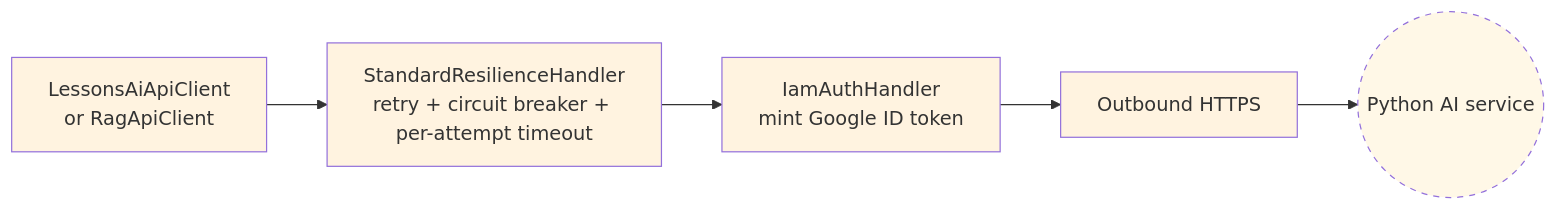
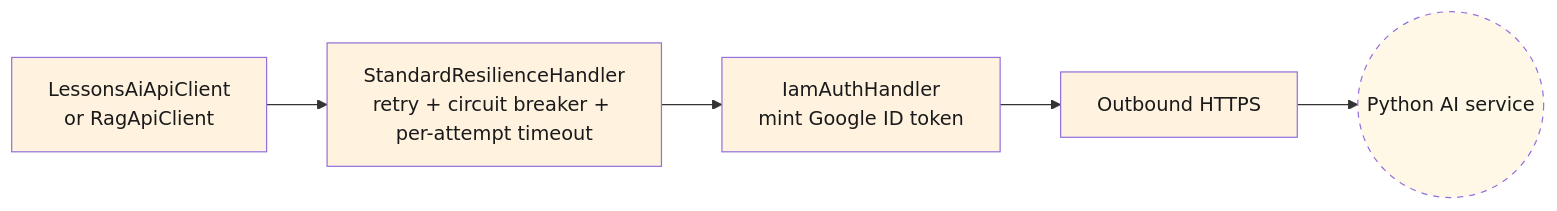
Before and after one commit to Dockdep/LessonHub: the third of 5 diagrams in diagrams/backend/04-infrastructure.md, drawn with Mermaid. The commit also changed 26 other files, not shown here.

````diff
--- a/diagrams/backend/04-infrastructure.md
+++ b/diagrams/backend/04-infrastructure.md
@@ -171,13 +171,13 @@
 ```mermaid
 flowchart LR
-  classDef step fill:#fff3e0
-  classDef ext stroke-dasharray: 5 5,fill:#fff8e7
+  classDef step fill:#fff3e0,color:#1a1a1a
+  classDef ext stroke-dasharray: 5 5,fill:#fff8e7,color:#1a1a1a
 
   caller[LessonsAiApiClient<br/>or RagApiClient]:::step
   res[StandardResilienceHandler<br/>retry + circuit breaker + per-attempt timeout]:::step
   iam[IamAuthHandler<br/>mint Google ID token]:::step
   http[Outbound HTTPS]:::step
   ai((Python AI service)):::ext
 
   caller --> res --> iam --> http --> ai
 ```
````
